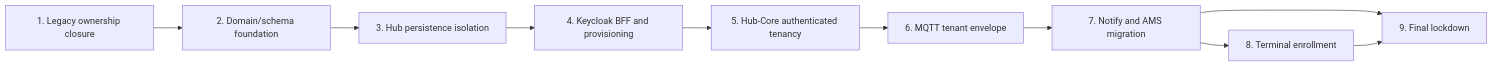
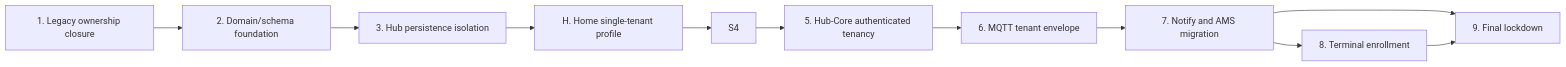
Before and after one commit to serge-ponomarenko/edol: the second of 2 diagrams in docs/migrations/secure-multi-tenant-migration-plan.md, drawn with Mermaid. The commit also changed other lines of this file and 35 other files, not shown here.

First line of the commit message:
EDOL-048-12: [Project] Add home deployment profile

````diff
--- a/docs/migrations/secure-multi-tenant-migration-plan.md
+++ b/docs/migrations/secure-multi-tenant-migration-plan.md
@@ -137,12 +165,13 @@
 ```mermaid
 flowchart LR
     S1[1. Legacy ownership closure] --> S2[2. Domain/schema foundation]
     S2 --> S3[3. Hub persistence isolation]
-    S3 --> S4[4. Keycloak BFF and provisioning]
+    S3 --> H[H. Home single-tenant profile]
+    H --> S4
     S4 --> S5[5. Hub-Core authenticated tenancy]
     S5 --> S6[6. MQTT tenant envelope]
     S6 --> S7[7. Notify and AMS migration]
     S7 --> S8[8. Terminal enrollment]
     S7 --> S9[9. Final lockdown]
     S8 --> S9
 ```
````
